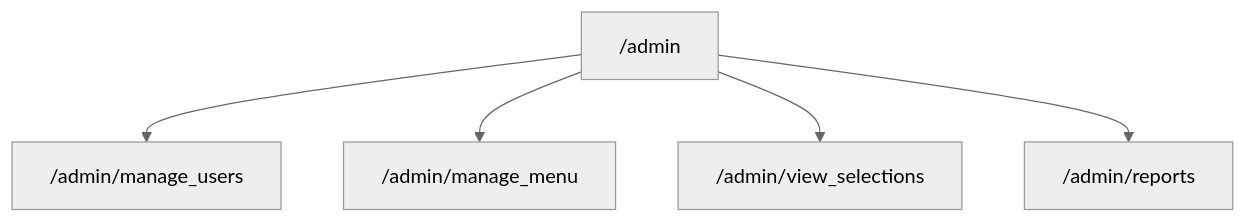
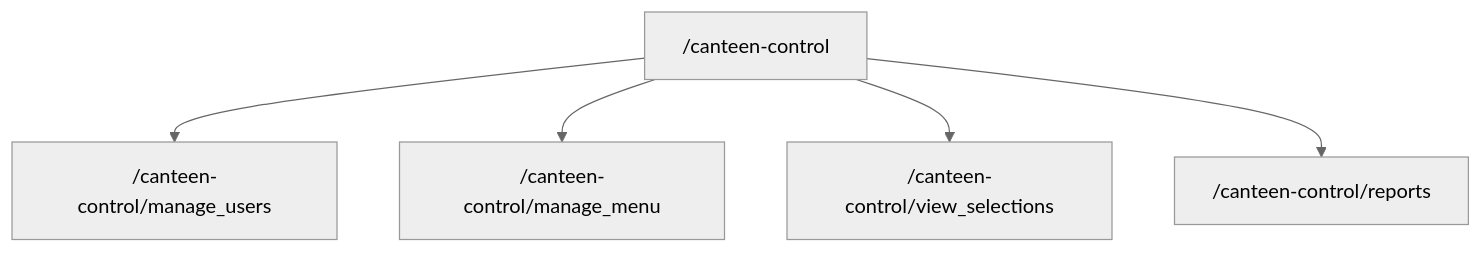
The second of 2 diagrams in docs/PROJECT_OVERVIEW.md (NeverKnewNoble/Canteen-Meal-Opt-In), drawn with Mermaid (neutral theme) before and after one commit. The commit also changed other lines of this file and 8 other files, not shown here.

````diff
--- a/docs/PROJECT_OVERVIEW.md
+++ b/docs/PROJECT_OVERVIEW.md
@@ -268,7 +268,7 @@
 ```mermaid
 flowchart TB
-  AD["/admin"] --> MU["/admin/manage_users"]
-  AD --> MM["/admin/manage_menu"]
-  AD --> VS["/admin/view_selections"]
-  AD --> RP["/admin/reports"]
+  AD["/canteen-control"] --> MU["/canteen-control/manage_users"]
+  AD --> MM["/canteen-control/manage_menu"]
+  AD --> VS["/canteen-control/view_selections"]
+  AD --> RP["/canteen-control/reports"]
 ```
````
